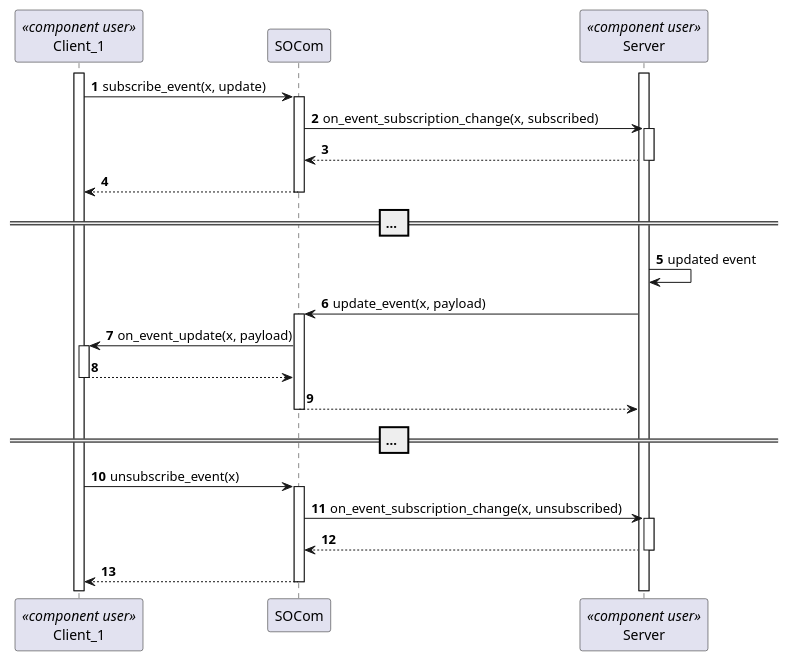
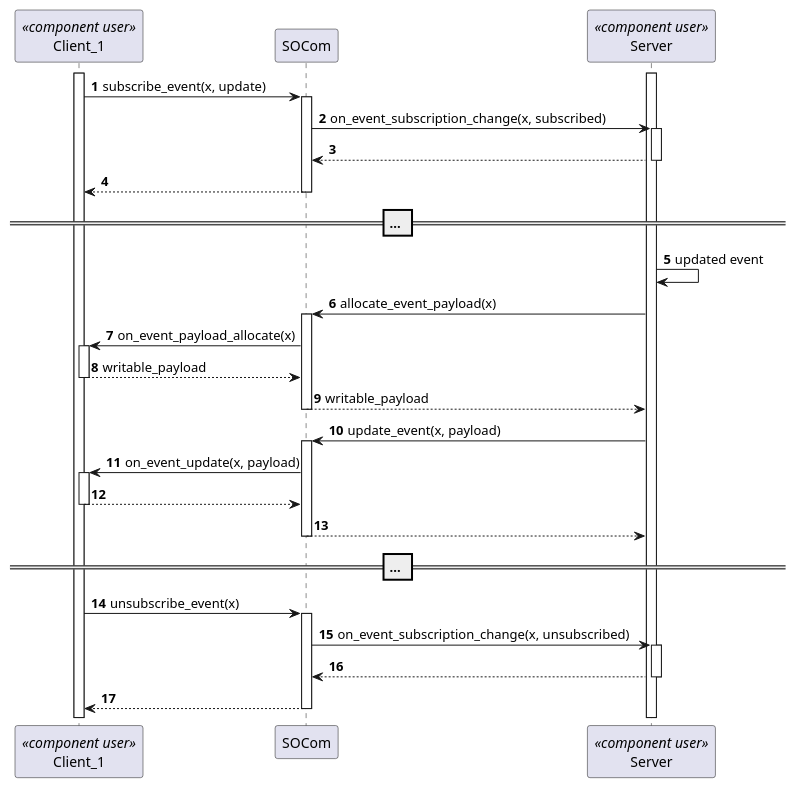
The diagram in src/socom/doc/design/models/interaction_diagram_event_communication.puml (eclipse-score/inc_someip_gateway), drawn with PlantUML before and after one commit. The commit also changed 1 other file, not shown here.

Commit message:
In sequence diagrams

```diff
--- a/src/socom/doc/design/models/interaction_diagram_event_communication.puml
+++ b/src/socom/doc/design/models/interaction_diagram_event_communication.puml
@@ -14,43 +14,50 @@
 @startuml
 participant Client_1 <<component user>>
 participant SOCom
 participant Server <<component user>>
 autonumber
 activate Server
 
 activate Client_1
 
 Client_1 -> SOCom : subscribe_event(x, update)
 activate SOCom
 
 SOCom -> Server : on_event_subscription_change(x, subscribed)
 activate Server
 
 return
 
 return
 
 == ... ==
 
 Server -> Server : updated event
 
+Server -> SOCom : allocate_event_payload(x)
+activate SOCom
+SOCom -> Client_1 : on_event_payload_allocate(x)
+activate Client_1
+return writable_payload
+return writable_payload
+
 Server -> SOCom : update_event(x, payload)
 activate SOCom
 
 SOCom -> Client_1 : on_event_update(x, payload)
 activate Client_1
 return
 
 return
 
 == ... ==
 
 Client_1 -> SOCom : unsubscribe_event(x)
 activate SOCom
 
 SOCom -> Server : on_event_subscription_change(x, unsubscribed)
 activate Server
 return
 
 return
 @enduml
```
